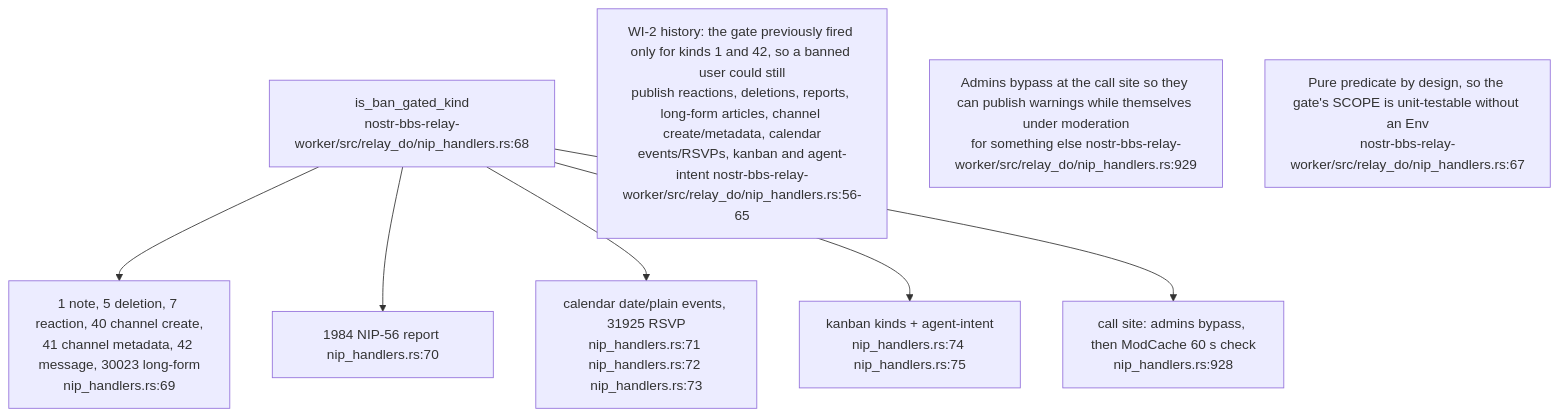
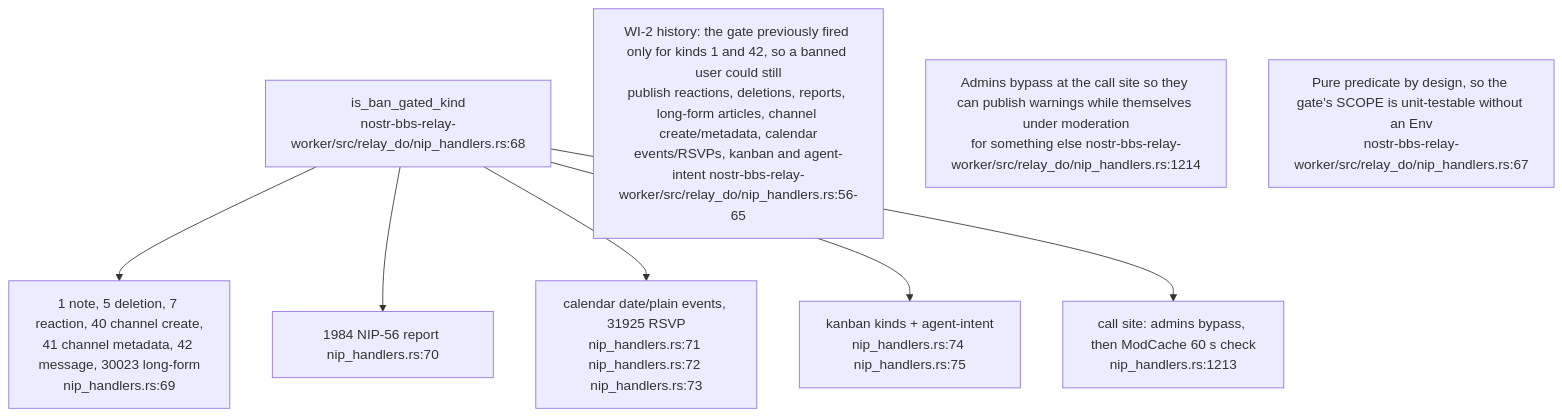
The sixth of 14 diagrams in docs/diagrams/nostr-rust-forum/03-relay-worker-admission-auth-and-trust.md (DreamLab-AI/VisionFlow), drawn with Mermaid before and after one commit. The commit also changed other lines of this file and 160 other files, not shown here.

````diff
--- a/docs/diagrams/nostr-rust-forum/03-relay-worker-admission-auth-and-trust.md
+++ b/docs/diagrams/nostr-rust-forum/03-relay-worker-admission-auth-and-trust.md
@@ -171,16 +181,16 @@
 ```mermaid
 flowchart TB
     GATE["is_ban_gated_kind<br/>nostr-bbs-relay-worker/src/relay_do/nip_handlers.rs:68"]
     LIT["1 note, 5 deletion, 7 reaction, 40 channel create,<br/>41 channel metadata, 42 message, 30023 long-form<br/>nip_handlers.rs:69"]
     REP["1984 NIP-56 report nip_handlers.rs:70"]
     CAL["calendar date/plain events, 31925 RSVP<br/>nip_handlers.rs:71 nip_handlers.rs:72 nip_handlers.rs:73"]
     KAN["kanban kinds + agent-intent<br/>nip_handlers.rs:74 nip_handlers.rs:75"]
-    CALL["call site: admins bypass, then ModCache 60 s check<br/>nip_handlers.rs:928"]
+    CALL["call site: admins bypass, then ModCache 60 s check<br/>nip_handlers.rs:1213"]
 
     GATE --> LIT & REP & CAL & KAN
     GATE --> CALL
 
     N1["WI-2 history: the gate previously fired only for kinds 1 and 42, so a banned user could still<br/>publish reactions, deletions, reports, long-form articles, channel create/metadata, calendar<br/>events/RSVPs, kanban and agent-intent nostr-bbs-relay-worker/src/relay_do/nip_handlers.rs:56-65"]
-    N2["Admins bypass at the call site so they can publish warnings while themselves under moderation<br/>for something else nostr-bbs-relay-worker/src/relay_do/nip_handlers.rs:929"]
+    N2["Admins bypass at the call site so they can publish warnings while themselves under moderation<br/>for something else nostr-bbs-relay-worker/src/relay_do/nip_handlers.rs:1214"]
     N3["Pure predicate by design, so the gate's SCOPE is unit-testable without an Env<br/>nostr-bbs-relay-worker/src/relay_do/nip_handlers.rs:67"]
 ```
````
